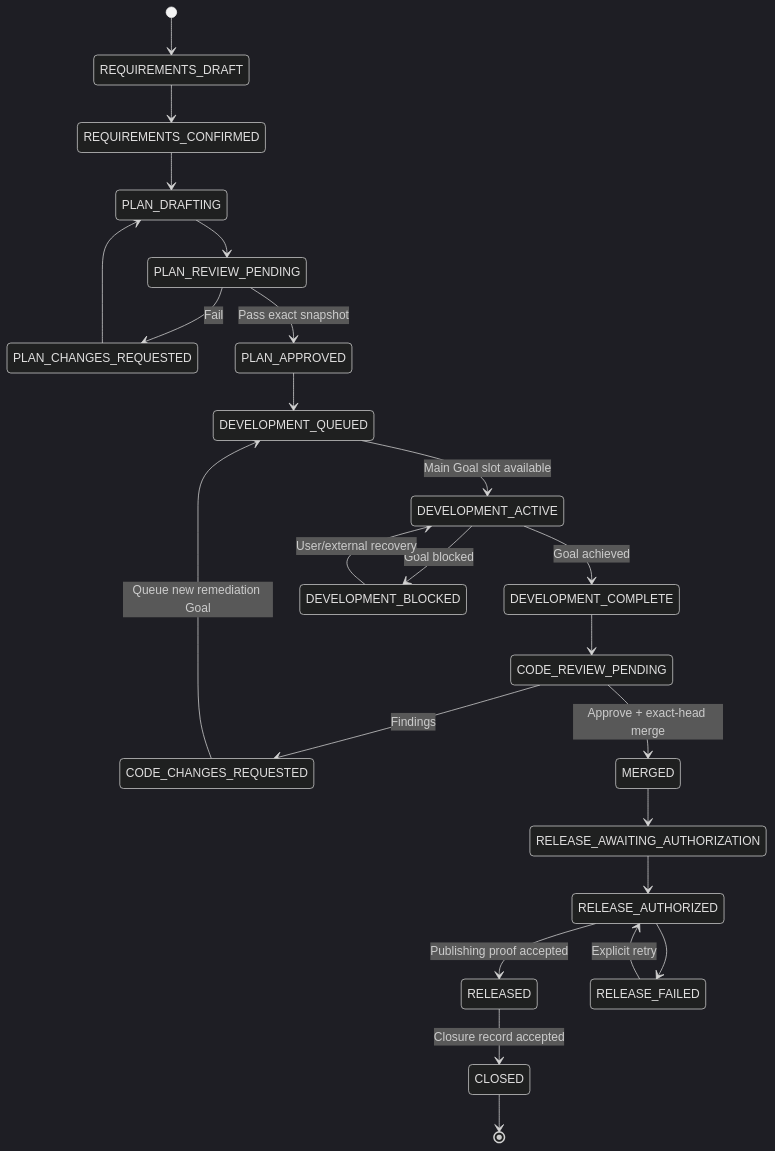
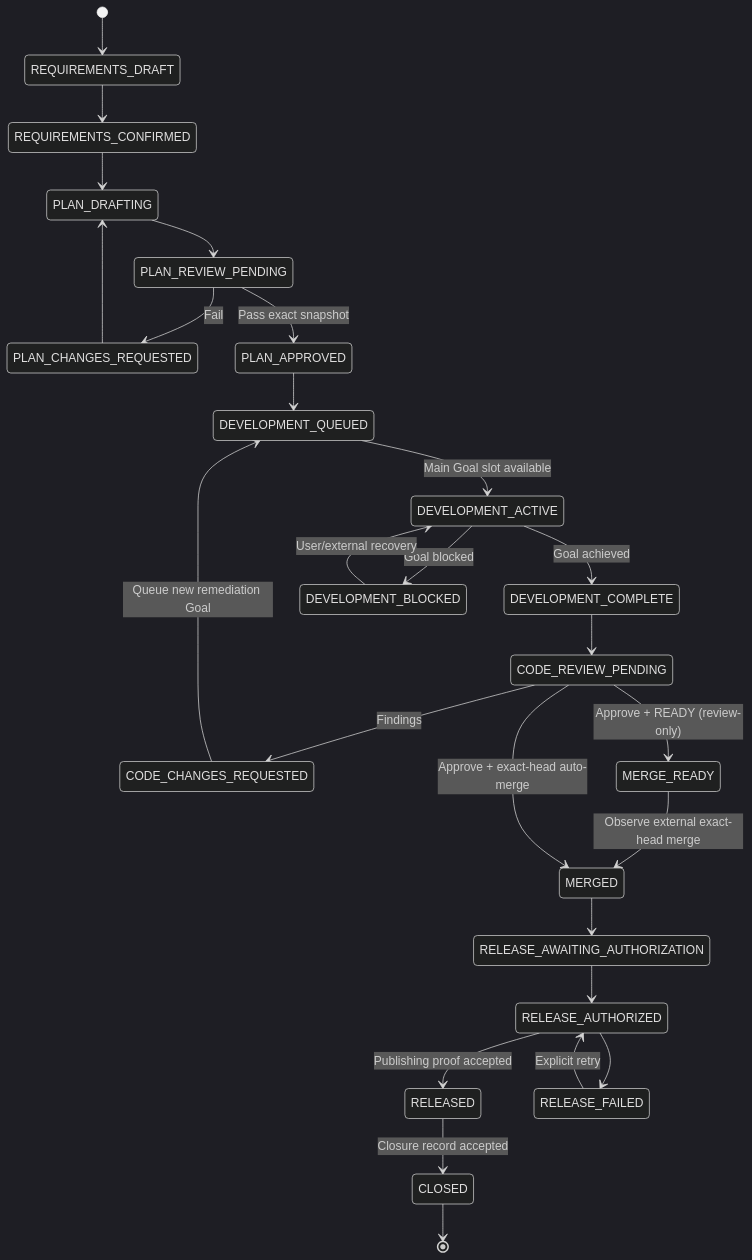
One commit to zhanghao1903/macos-computer-use changed the third of 4 diagrams in docs/feature/codex-engineering-lifecycle-plugin/design.md. Above: the diagram before and after it, drawn with Mermaid (dark theme). The commit also changed other lines of this file and 23 other files, not shown here.

````diff
--- a/docs/feature/codex-engineering-lifecycle-plugin/design.md
+++ b/docs/feature/codex-engineering-lifecycle-plugin/design.md
@@ -174,26 +181,28 @@
 ```mermaid
 stateDiagram-v2
     [*] --> REQUIREMENTS_DRAFT
     REQUIREMENTS_DRAFT --> REQUIREMENTS_CONFIRMED
     REQUIREMENTS_CONFIRMED --> PLAN_DRAFTING
     PLAN_DRAFTING --> PLAN_REVIEW_PENDING
     PLAN_REVIEW_PENDING --> PLAN_CHANGES_REQUESTED: Fail
     PLAN_CHANGES_REQUESTED --> PLAN_DRAFTING
     PLAN_REVIEW_PENDING --> PLAN_APPROVED: Pass exact snapshot
     PLAN_APPROVED --> DEVELOPMENT_QUEUED
     DEVELOPMENT_QUEUED --> DEVELOPMENT_ACTIVE: Main Goal slot available
     DEVELOPMENT_ACTIVE --> DEVELOPMENT_COMPLETE: Goal achieved
     DEVELOPMENT_ACTIVE --> DEVELOPMENT_BLOCKED: Goal blocked
     DEVELOPMENT_BLOCKED --> DEVELOPMENT_ACTIVE: User/external recovery
     DEVELOPMENT_COMPLETE --> CODE_REVIEW_PENDING
     CODE_REVIEW_PENDING --> CODE_CHANGES_REQUESTED: Findings
     CODE_CHANGES_REQUESTED --> DEVELOPMENT_QUEUED: Queue new remediation Goal
-    CODE_REVIEW_PENDING --> MERGED: Approve + exact-head merge
+    CODE_REVIEW_PENDING --> MERGE_READY: Approve + READY (review-only)
+    MERGE_READY --> MERGED: Observe external exact-head merge
+    CODE_REVIEW_PENDING --> MERGED: Approve + exact-head auto-merge
     MERGED --> RELEASE_AWAITING_AUTHORIZATION
     RELEASE_AWAITING_AUTHORIZATION --> RELEASE_AUTHORIZED
     RELEASE_AUTHORIZED --> RELEASED: Publishing proof accepted
     RELEASE_AUTHORIZED --> RELEASE_FAILED
     RELEASE_FAILED --> RELEASE_AUTHORIZED: Explicit retry
     RELEASED --> CLOSED: Closure record accepted
     CLOSED --> [*]
 ```
````
